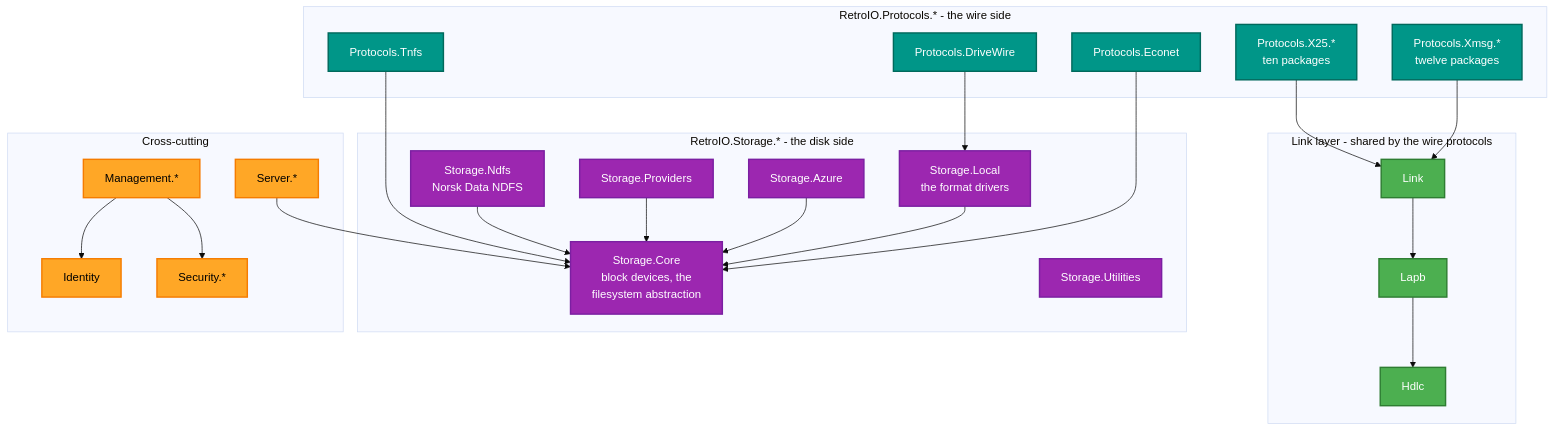
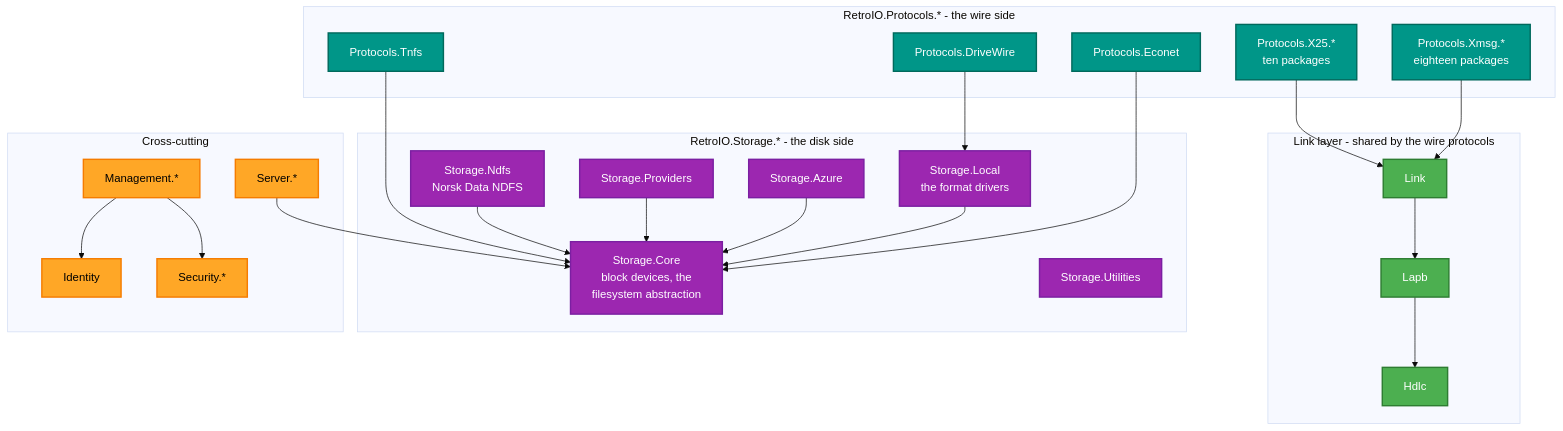
The first of 2 diagrams in README.md (RetroCoreLabs/RetroIO), drawn with Mermaid (base theme) before and after one commit. The commit also changed other lines of this file and 3 other files, not shown here.

````diff
--- a/README.md
+++ b/README.md
@@ -144,56 +144,56 @@
 ```mermaid
 flowchart TB
     subgraph STORAGE["RetroIO.Storage.* - the disk side"]
         SCore["Storage.Core<br/>block devices, the<br/>filesystem abstraction"]
         SLocal["Storage.Local<br/>the format drivers"]
         SNdfs["Storage.Ndfs<br/>Norsk Data NDFS"]
         SProv["Storage.Providers"]
         SAzure["Storage.Azure"]
         SUtil["Storage.Utilities"]
     end
 
     subgraph PROTO["RetroIO.Protocols.* - the wire side"]
         Tnfs["Protocols.Tnfs"]
         DriveWire["Protocols.DriveWire"]
         Econet["Protocols.Econet"]
         X25["Protocols.X25.*<br/>ten packages"]
-        Xmsg["Protocols.Xmsg.*<br/>twelve packages"]
+        Xmsg["Protocols.Xmsg.*<br/>eighteen packages"]
     end
 
     subgraph LINK["Link layer - shared by the wire protocols"]
         Hdlc["Hdlc"]
         Lapb["Lapb"]
         Link["Link"]
     end
 
     subgraph CROSS["Cross-cutting"]
         Ident["Identity"]
         Sec["Security.*"]
         Mgmt["Management.*"]
         Server["Server.*"]
     end
 
     X25 --> Link
     Xmsg --> Link
     Link --> Lapb --> Hdlc
     Tnfs --> SCore
     Econet --> SCore
     DriveWire --> SLocal
     SLocal --> SCore
     SNdfs --> SCore
     SProv --> SCore
     SAzure --> SCore
     Mgmt --> Ident
     Mgmt --> Sec
     Server --> SCore
 
     classDef store fill:#9C27B0,stroke:#7B1FA2,stroke-width:2px,color:#fff
     classDef proto fill:#009688,stroke:#00695C,stroke-width:2px,color:#fff
     classDef link  fill:#4CAF50,stroke:#2E7D32,stroke-width:2px,color:#fff
     classDef cross fill:#FFA726,stroke:#F57C00,stroke-width:2px,color:#000
 
     class SCore,SLocal,SNdfs,SProv,SAzure,SUtil store
     class Tnfs,DriveWire,Econet,X25,Xmsg proto
     class Hdlc,Lapb,Link link
     class Ident,Sec,Mgmt,Server cross
 ```
````
